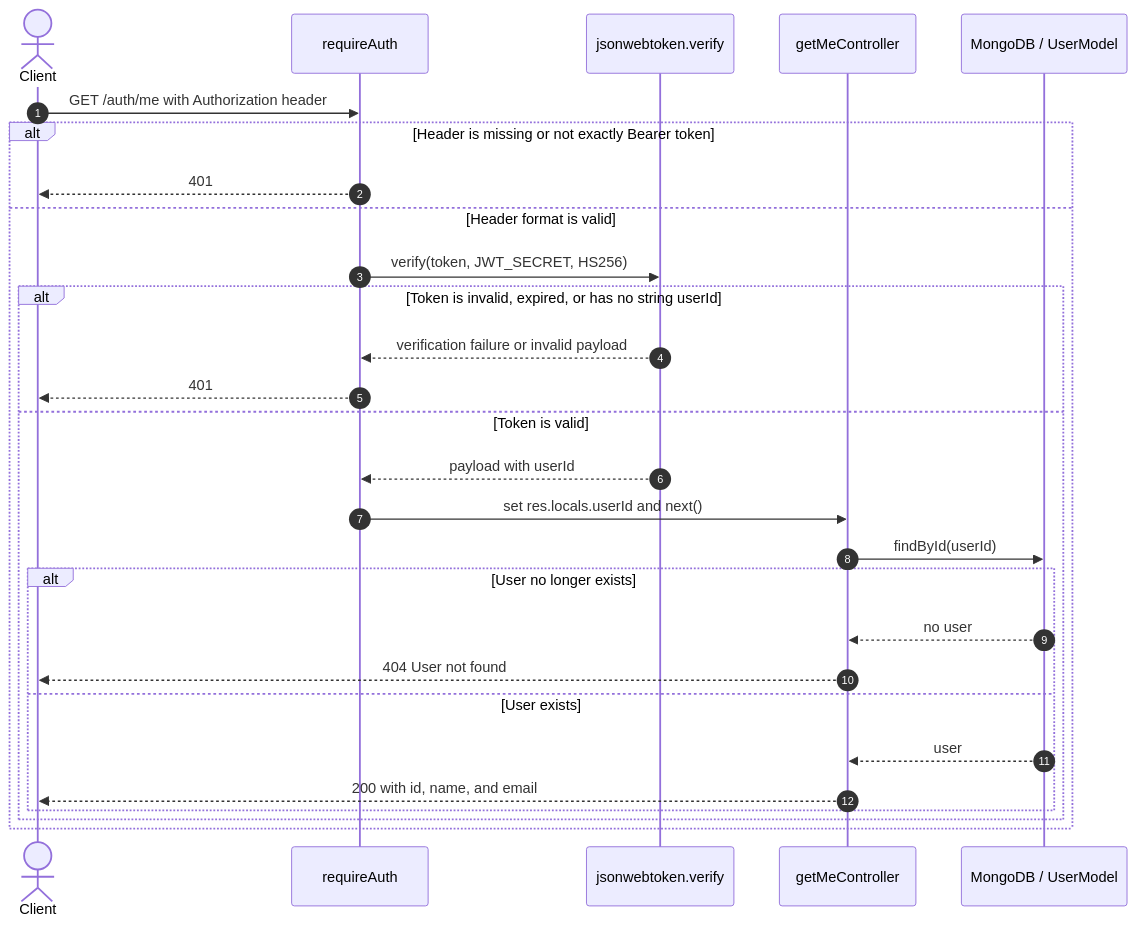
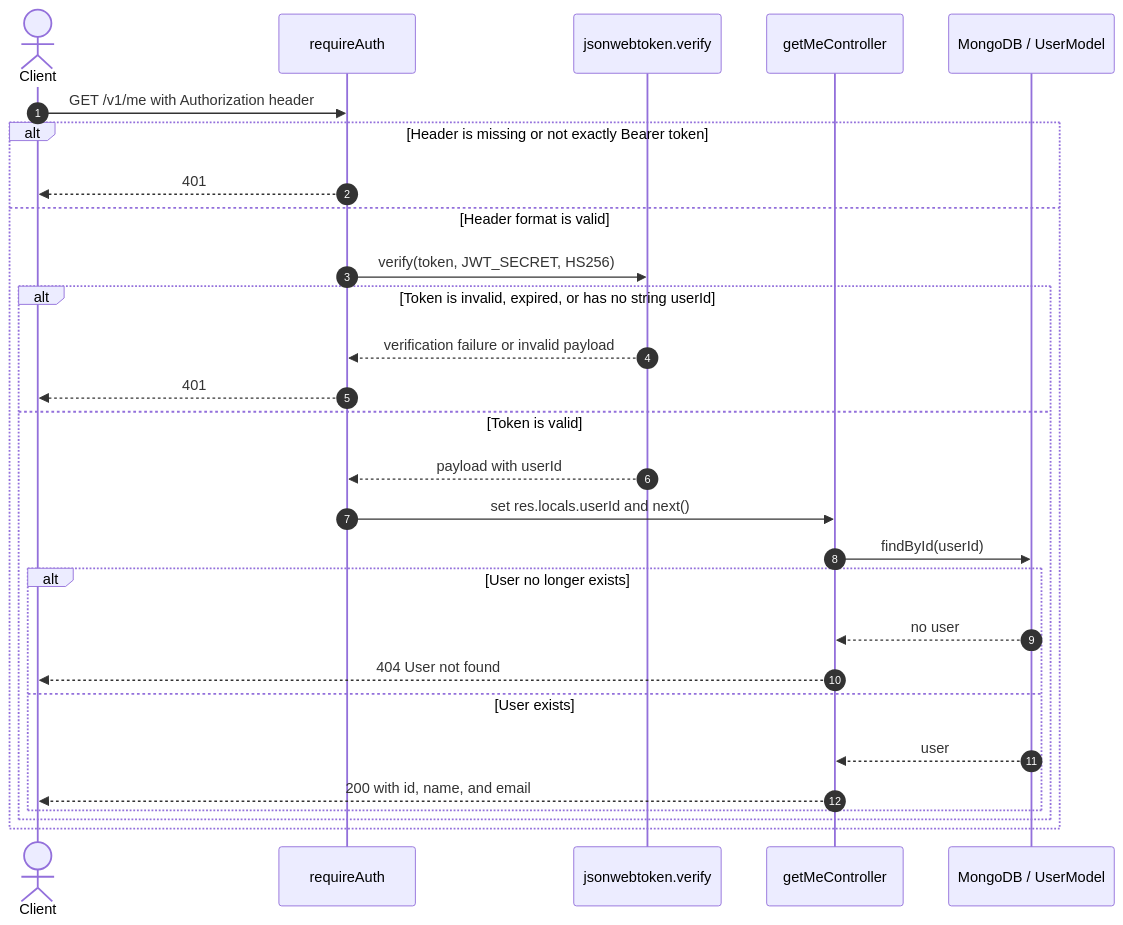
One commit to Rithvik911/Poolr changed the fourth of 4 diagrams in docs/architecture/authentication.md. Above: the diagram before and after it, drawn with Mermaid. The commit also changed other lines of this file and 29 other files, not shown here.

````diff
--- a/docs/architecture/authentication.md
+++ b/docs/architecture/authentication.md
@@ -154,31 +154,31 @@
 ```mermaid
 sequenceDiagram
     autonumber
     actor Client
     participant Guard as requireAuth
     participant JWT as jsonwebtoken.verify
     participant Controller as getMeController
     participant Mongo as MongoDB / UserModel
 
-    Client->>Guard: GET /auth/me with Authorization header
+    Client->>Guard: GET /v1/me with Authorization header
     alt Header is missing or not exactly Bearer token
         Guard-->>Client: 401
     else Header format is valid
         Guard->>JWT: verify(token, JWT_SECRET, HS256)
         alt Token is invalid, expired, or has no string userId
             JWT-->>Guard: verification failure or invalid payload
             Guard-->>Client: 401
         else Token is valid
             JWT-->>Guard: payload with userId
             Guard->>Controller: set res.locals.userId and next()
             Controller->>Mongo: findById(userId)
             alt User no longer exists
                 Mongo-->>Controller: no user
                 Controller-->>Client: 404 User not found
             else User exists
                 Mongo-->>Controller: user
                 Controller-->>Client: 200 with id, name, and email
             end
         end
     end
 ```
````
